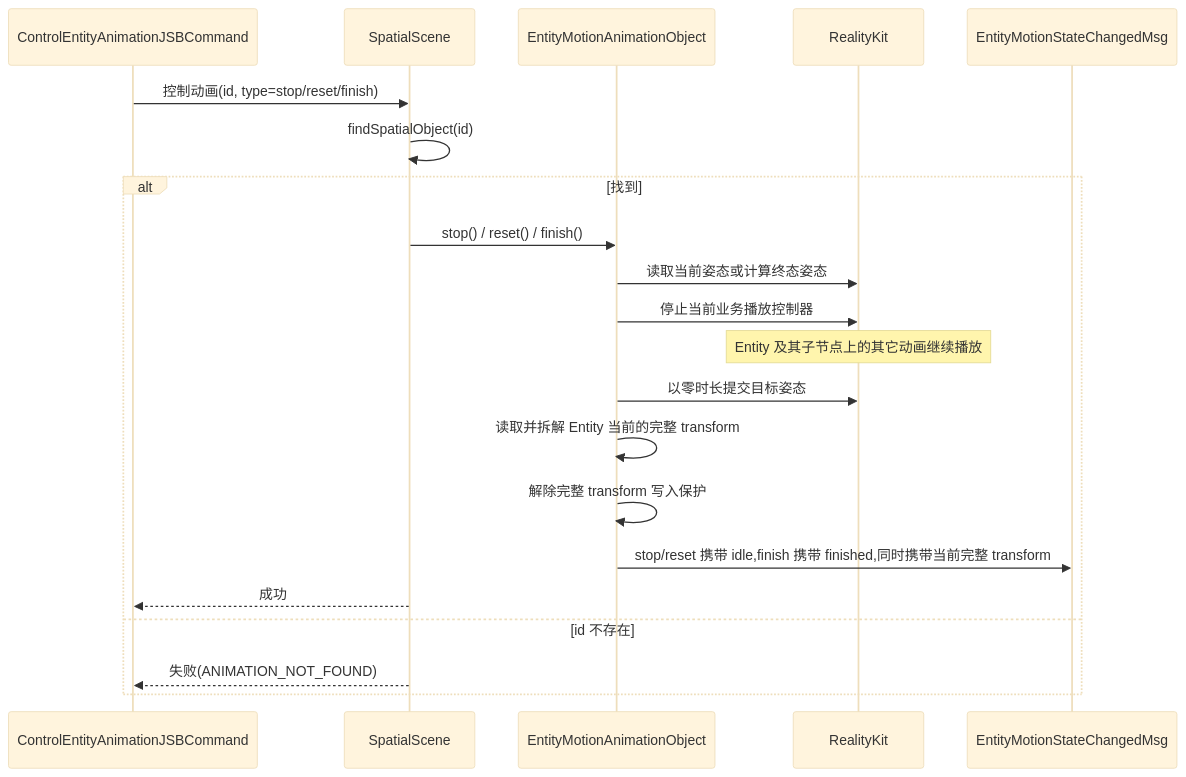
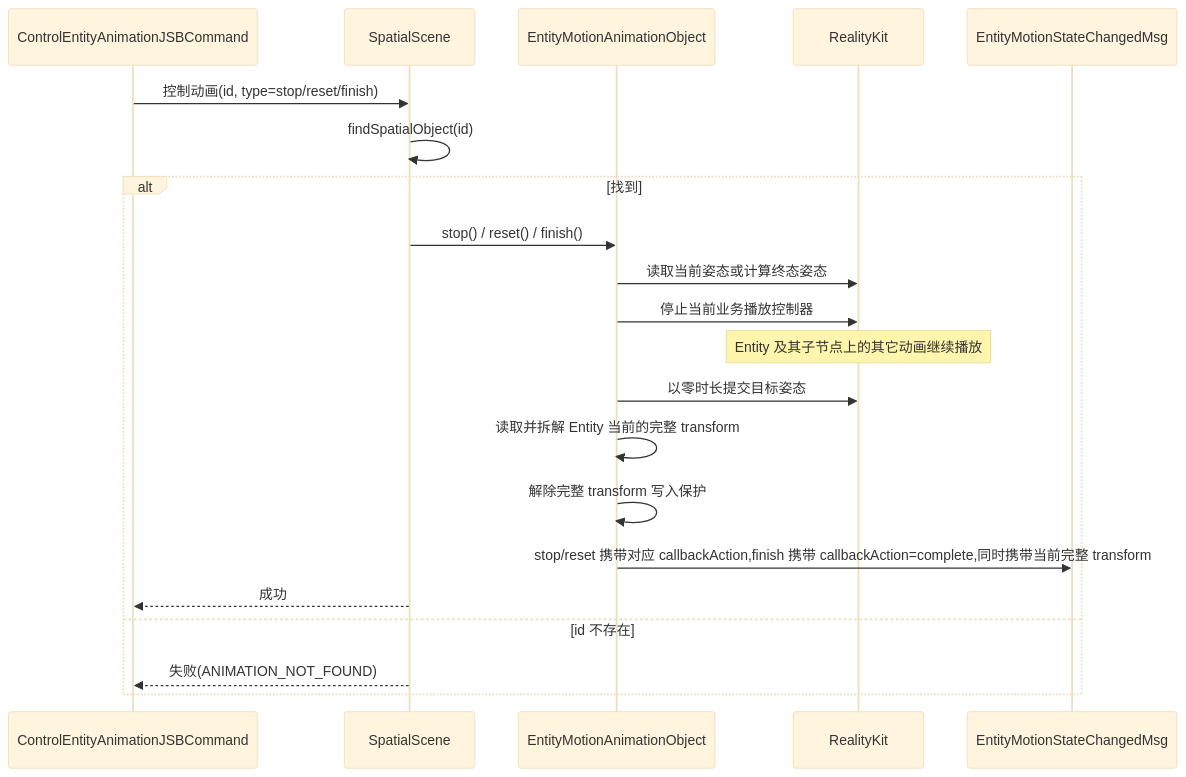
One commit to webspatial/webspatial-sdk changed diagram 13 of 14 in openspec/changes/redesign-entity-motion-api/design.zh.md. Above: the diagram before and after it, drawn with Mermaid (base theme). The commit also changed other lines of this file and 5 other files, not shown here.

````diff
--- a/openspec/changes/redesign-entity-motion-api/design.zh.md
+++ b/openspec/changes/redesign-entity-motion-api/design.zh.md
@@ -1301,24 +1303,24 @@
 ```mermaid
 sequenceDiagram
     participant JSB as ControlEntityAnimationJSBCommand
     participant Scene as SpatialScene
     participant Obj as EntityMotionAnimationObject
     participant RK as RealityKit
     participant Event as EntityMotionStateChangedMsg
 
     JSB->>Scene: 控制动画(id, type=stop/reset/finish)
     Scene->>Scene: findSpatialObject(id)
     alt 找到
         Scene->>Obj: stop() / reset() / finish()
         Obj->>RK: 读取当前姿态或计算终态姿态
         Obj->>RK: 停止当前业务播放控制器
         Note over RK: Entity 及其子节点上的其它动画继续播放
         Obj->>RK: 以零时长提交目标姿态
         Obj->>Obj: 读取并拆解 Entity 当前的完整 transform
         Obj->>Obj: 解除完整 transform 写入保护
-        Obj->>Event: stop/reset 携带 idle,finish 携带 finished,同时携带当前完整 transform
+        Obj->>Event: stop/reset 携带对应 callbackAction,finish 携带 callbackAction=complete,同时携带当前完整 transform
         Scene-->>JSB: 成功
     else id 不存在
         Scene-->>JSB: 失败(ANIMATION_NOT_FOUND)
     end
 ```
````
